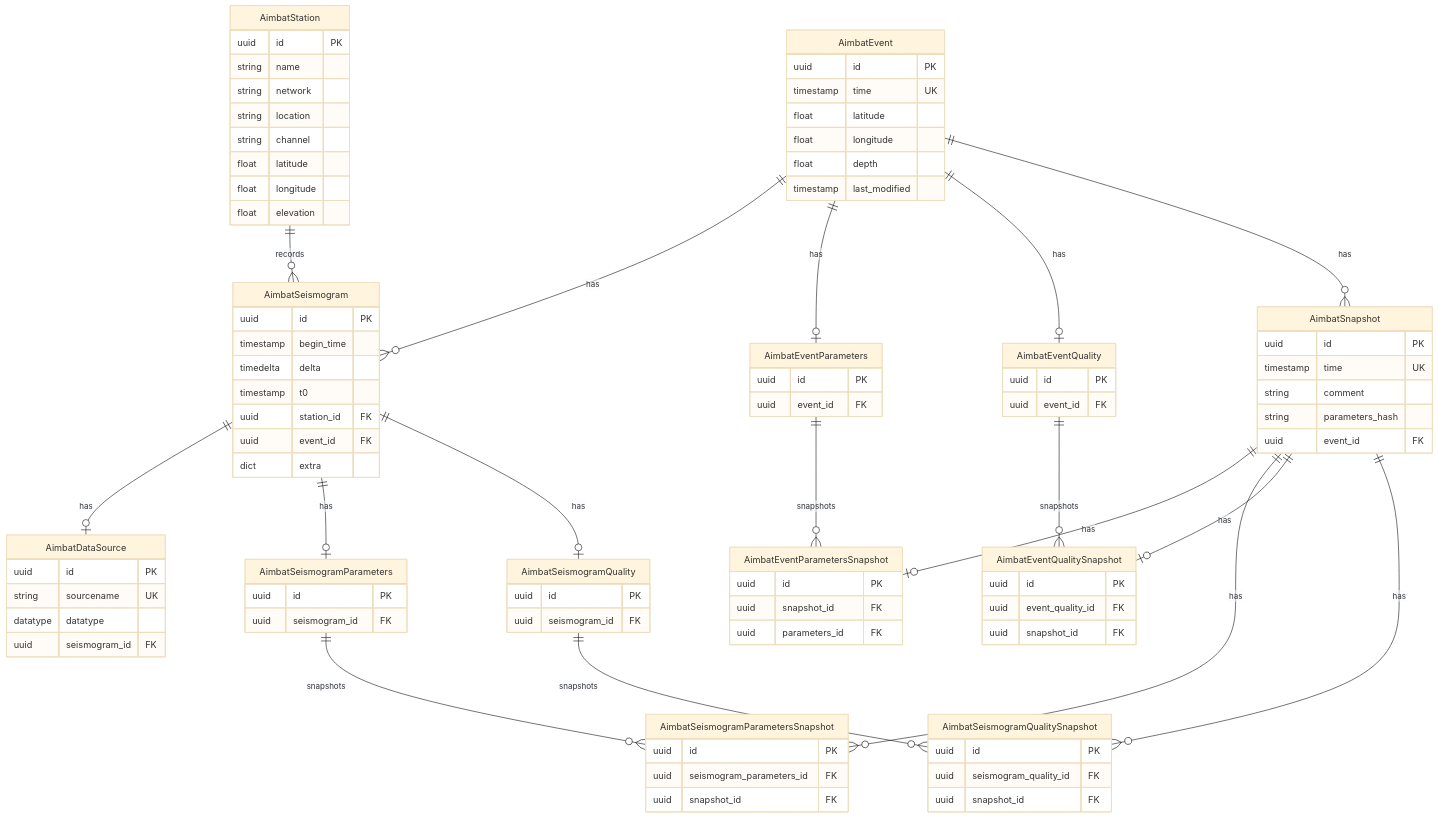
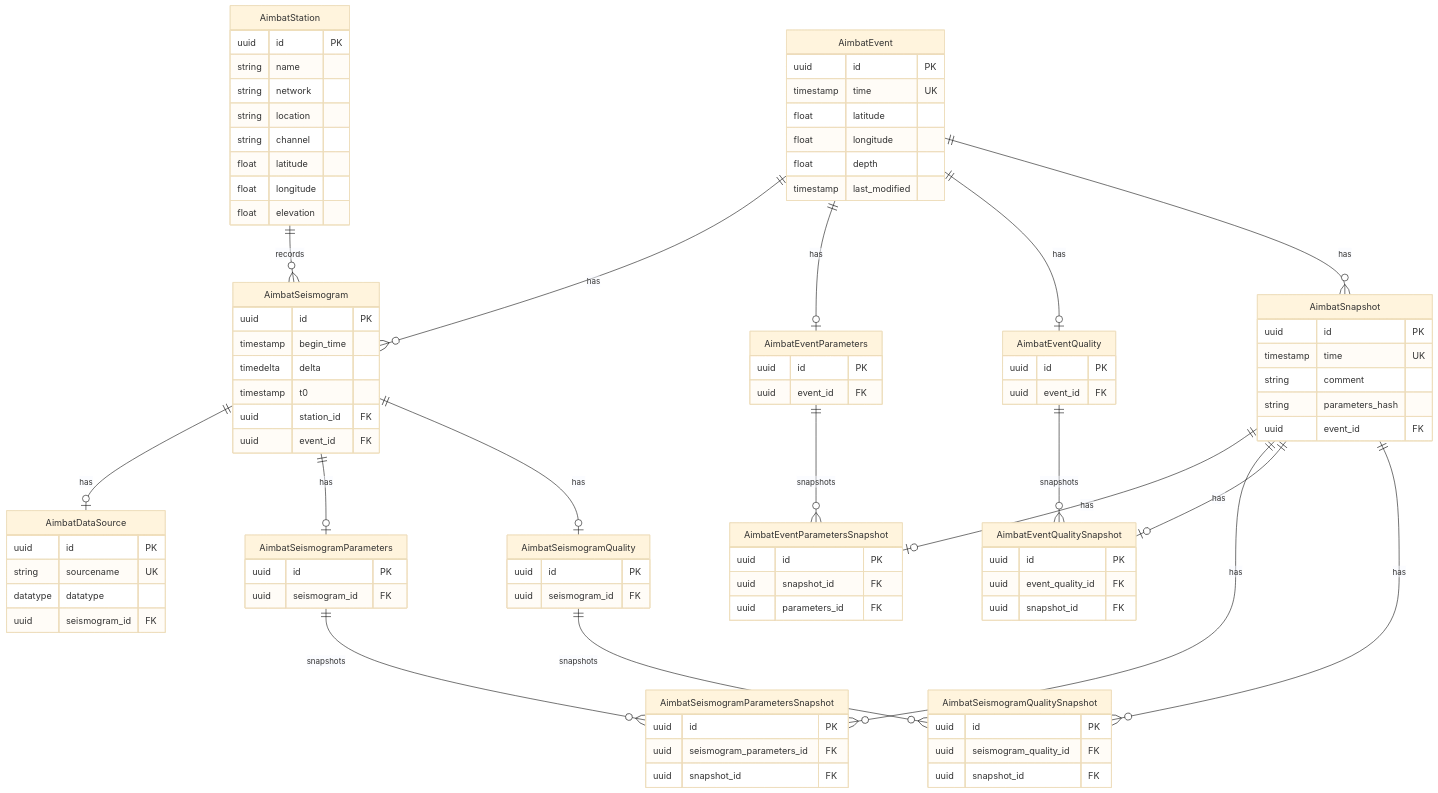
Before and after one commit to pysmo/aimbat: the diagram in docs/development/database-models.md, drawn with Mermaid (base theme). The commit also changed 6 other files, not shown here.

```diff
--- a/docs/development/database-models.md
+++ b/docs/development/database-models.md
@@ -48,7 +48,6 @@
         timestamp t0
         uuid station_id FK
         uuid event_id FK
-        dict extra
     }
 
     AimbatDataSource {
```
